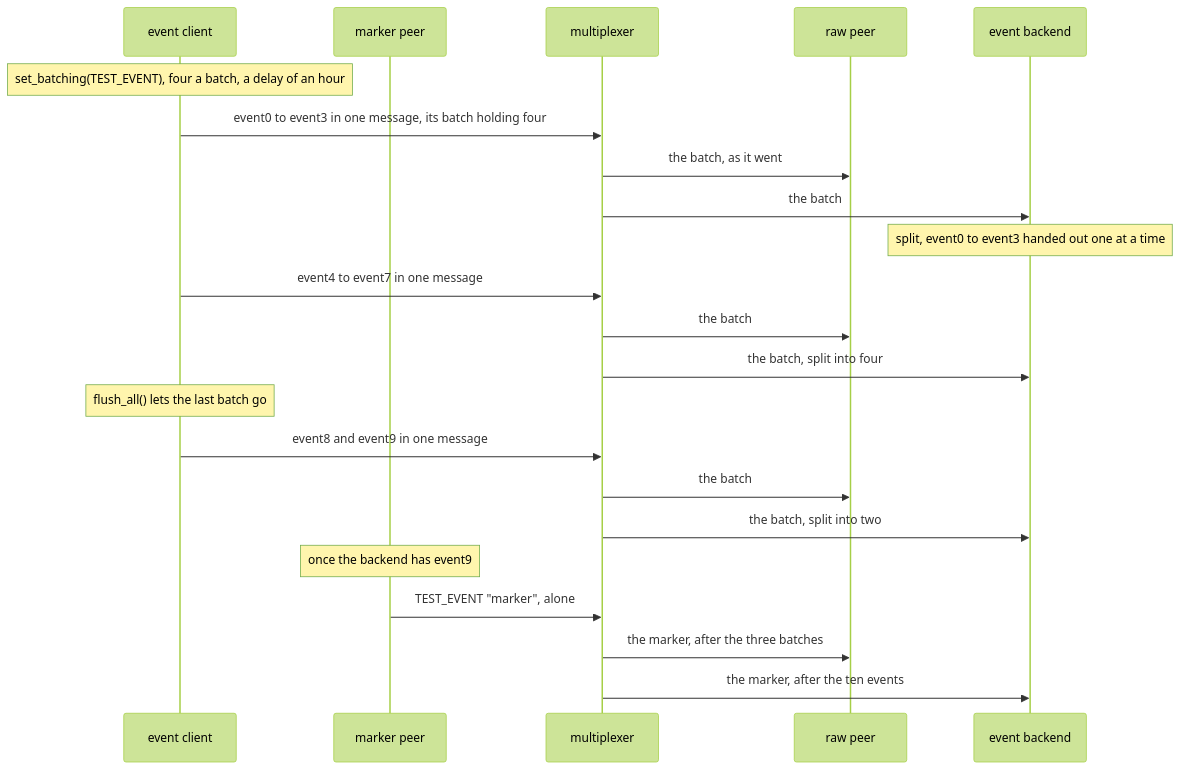
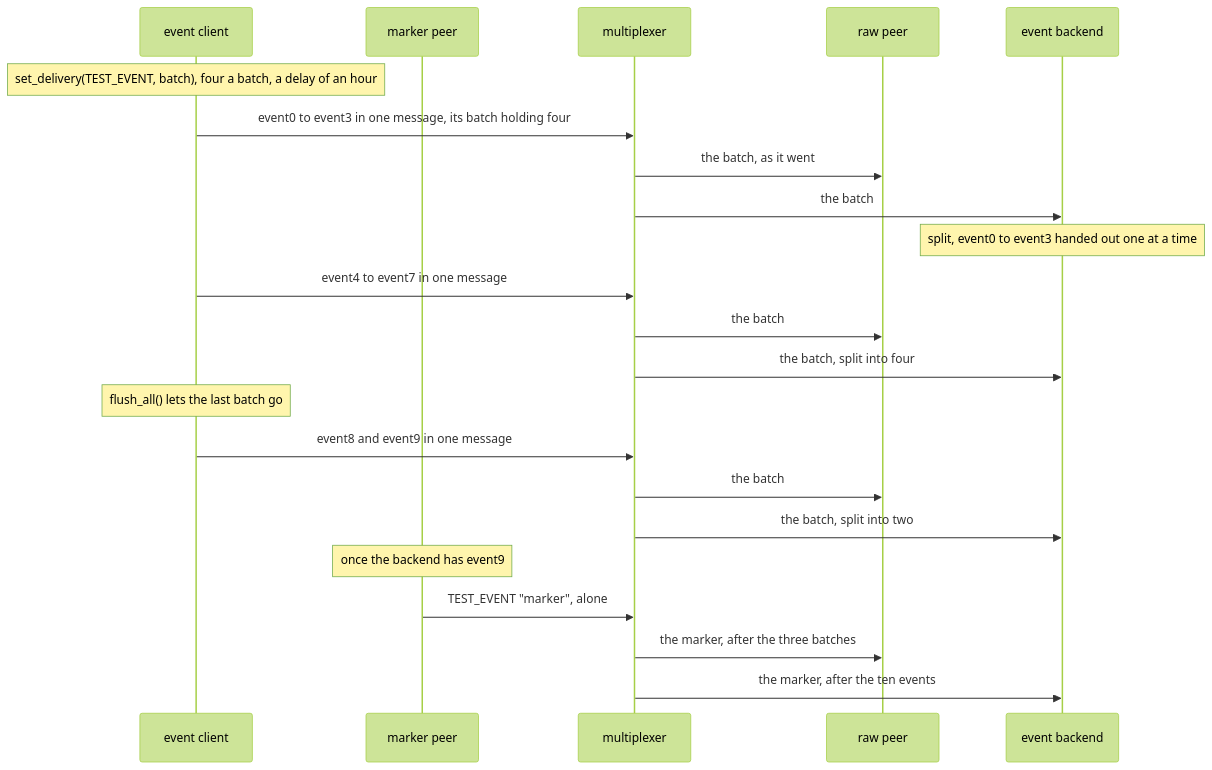
The diagram in tests/scenarios/batched_events/README.md (kulewski/multiplexer), drawn with Mermaid (forest theme) before and after one commit. The commit also changed 148 other files, not shown here.

````diff
--- a/tests/scenarios/batched_events/README.md
+++ b/tests/scenarios/batched_events/README.md
@@ -16,24 +16,24 @@
 ```mermaid
 sequenceDiagram
     participant C as event client
     participant P as marker peer
     participant M as multiplexer
     participant W as raw peer
     participant B as event backend
-    Note over C: set_batching(TEST_EVENT), four a batch, a delay of an hour
+    Note over C: set_delivery(TEST_EVENT, batch), four a batch, a delay of an hour
     C->>M: event0 to event3 in one message, its batch holding four
     M->>W: the batch, as it went
     M->>B: the batch
     Note over B: split, event0 to event3 handed out one at a time
     C->>M: event4 to event7 in one message
     M->>W: the batch
     M->>B: the batch, split into four
     Note over C: flush_all() lets the last batch go
     C->>M: event8 and event9 in one message
     M->>W: the batch
     M->>B: the batch, split into two
     Note over P: once the backend has event9
     P->>M: TEST_EVENT "marker", alone
     M->>W: the marker, after the three batches
     M->>B: the marker, after the ten events
 ```
````
